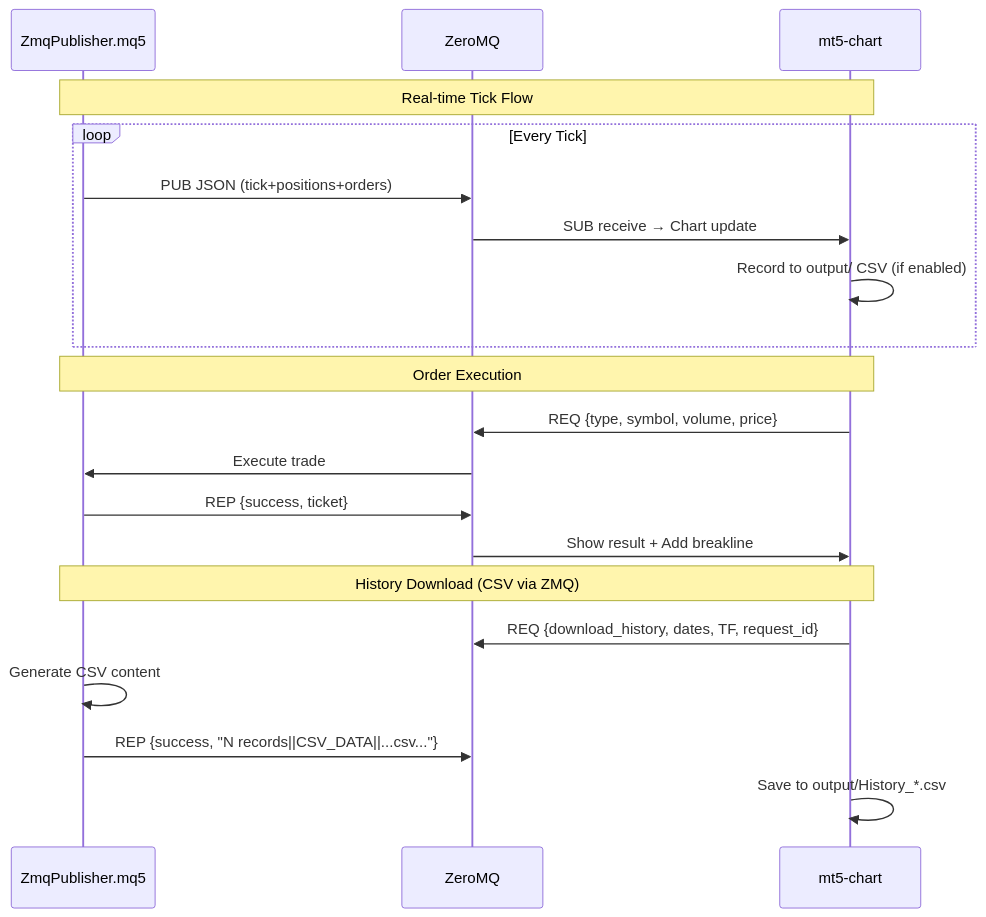
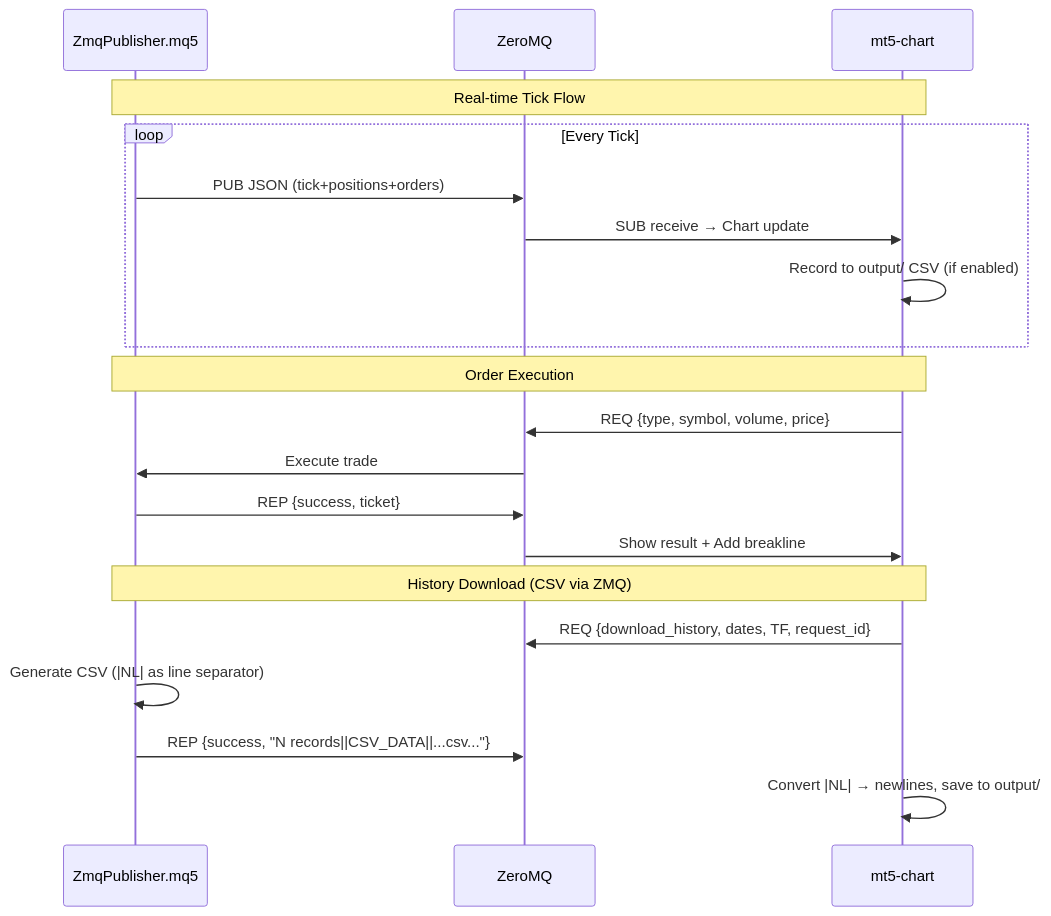
One commit to algorembrant/SUM3API changed the second of 3 diagrams in trading-architecture-v5.md. Above: the diagram before and after it, drawn with Mermaid. The commit also changed other lines of this file and 6 other files, not shown here.

````diff
--- a/trading-architecture-v5.md
+++ b/trading-architecture-v5.md
@@ -30,25 +30,25 @@
 ```mermaid
 sequenceDiagram
     participant EA as ZmqPublisher.mq5
     participant ZMQ as ZeroMQ
     participant App as mt5-chart
 
     Note over EA,App: Real-time Tick Flow
     loop Every Tick
         EA->>ZMQ: PUB JSON (tick+positions+orders)
         ZMQ->>App: SUB receive → Chart update
         App->>App: Record to output/ CSV (if enabled)
     end
 
     Note over EA,App: Order Execution
     App->>ZMQ: REQ {type, symbol, volume, price}
     ZMQ->>EA: Execute trade
     EA->>ZMQ: REP {success, ticket}
     ZMQ->>App: Show result + Add breakline
 
     Note over EA,App: History Download (CSV via ZMQ)
     App->>ZMQ: REQ {download_history, dates, TF, request_id}
-    EA->>EA: Generate CSV content
+    EA->>EA: Generate CSV (|NL| as line separator)
     EA->>ZMQ: REP {success, "N records||CSV_DATA||...csv..."}
-    App->>App: Save to output/History_*.csv
+    App->>App: Convert |NL| → newlines, save to output/
 ```
````
